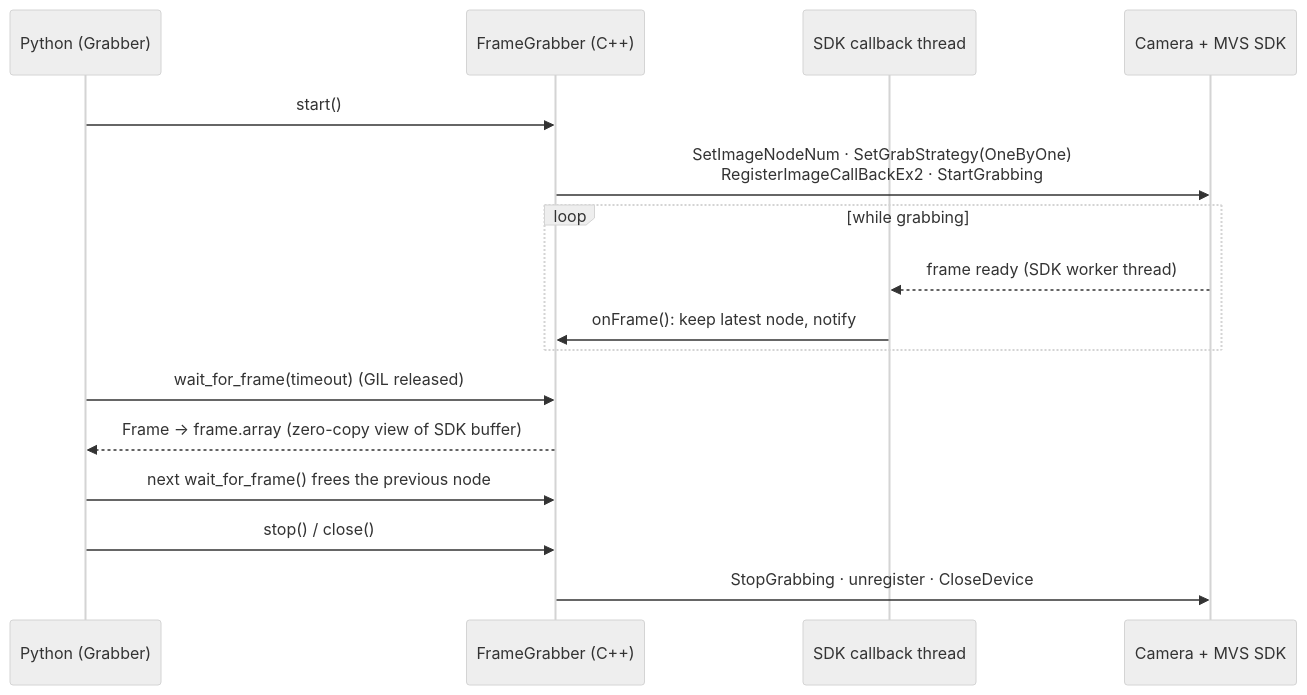
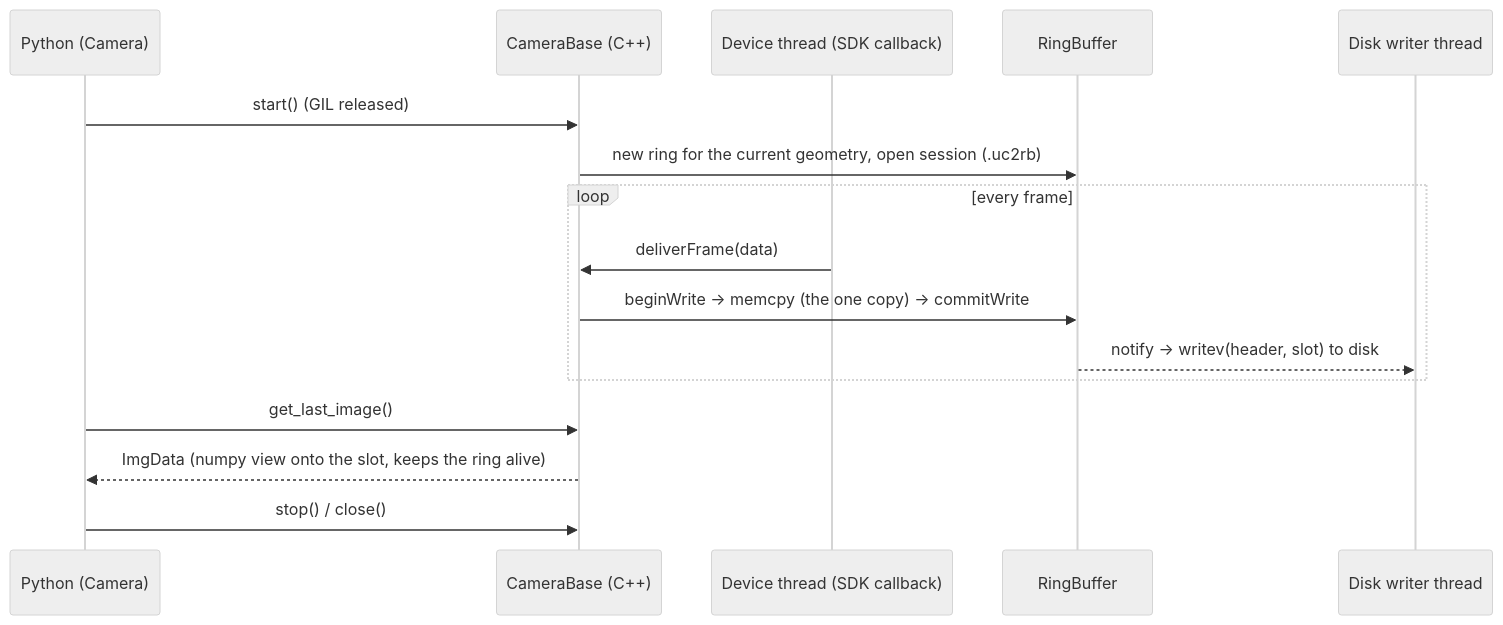
Before and after one commit to openUC2/UC2_cam_py: the second of 2 diagrams in README.md, drawn with Mermaid (neutral theme). The commit also changed other lines of this file and 73 other files, not shown here.

````diff
--- a/README.md
+++ b/README.md
@@ -83,19 +88,19 @@
 ```mermaid
 sequenceDiagram
-    participant Py as Python (Grabber)
-    participant FG as FrameGrabber (C++)
-    participant CB as SDK callback thread
-    participant Cam as Camera + MVS SDK
+    participant Py as Python (Camera)
+    participant CB as CameraBase (C++)
+    participant Dev as Device thread (SDK callback)
+    participant RB as RingBuffer
+    participant W as Disk writer thread
 
-    Py->>FG: start()
-    FG->>Cam: SetImageNodeNum · SetGrabStrategy(OneByOne)<br/>RegisterImageCallBackEx2 · StartGrabbing
-    loop while grabbing
-        Cam-->>CB: frame ready (SDK worker thread)
-        CB->>FG: onFrame(): keep latest node, notify
+    Py->>CB: start()  (GIL released)
+    CB->>RB: new ring for the current geometry, open session (.uc2rb)
+    loop every frame
+        Dev->>CB: deliverFrame(data)
+        CB->>RB: beginWrite → memcpy (the one copy) → commitWrite
+        RB-->>W: notify → writev(header, slot) to disk
     end
-    Py->>FG: wait_for_frame(timeout)  (GIL released)
-    FG-->>Py: Frame → frame.array (zero-copy view of SDK buffer)
-    Py->>FG: next wait_for_frame() frees the previous node
-    Py->>FG: stop() / close()
-    FG->>Cam: StopGrabbing · unregister · CloseDevice
+    Py->>CB: get_last_image()
+    CB-->>Py: ImgData (numpy view onto the slot, keeps the ring alive)
+    Py->>CB: stop() / close()
 ```
````
